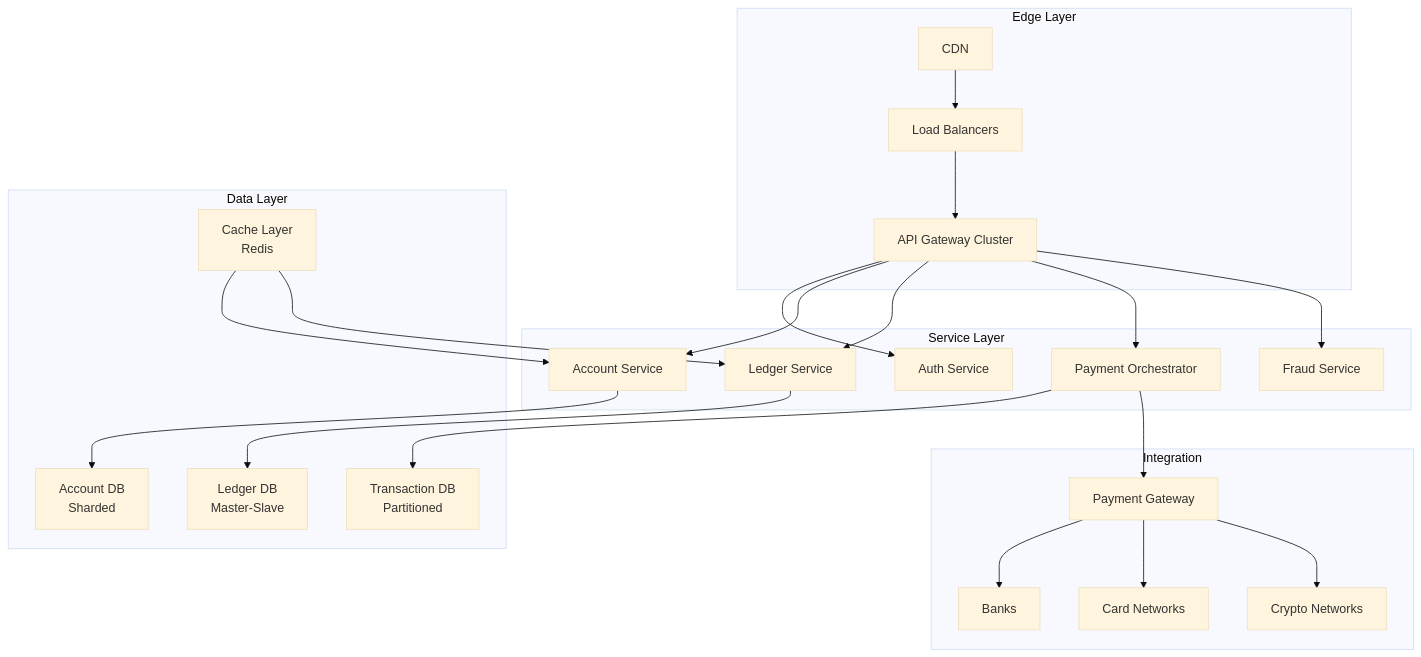
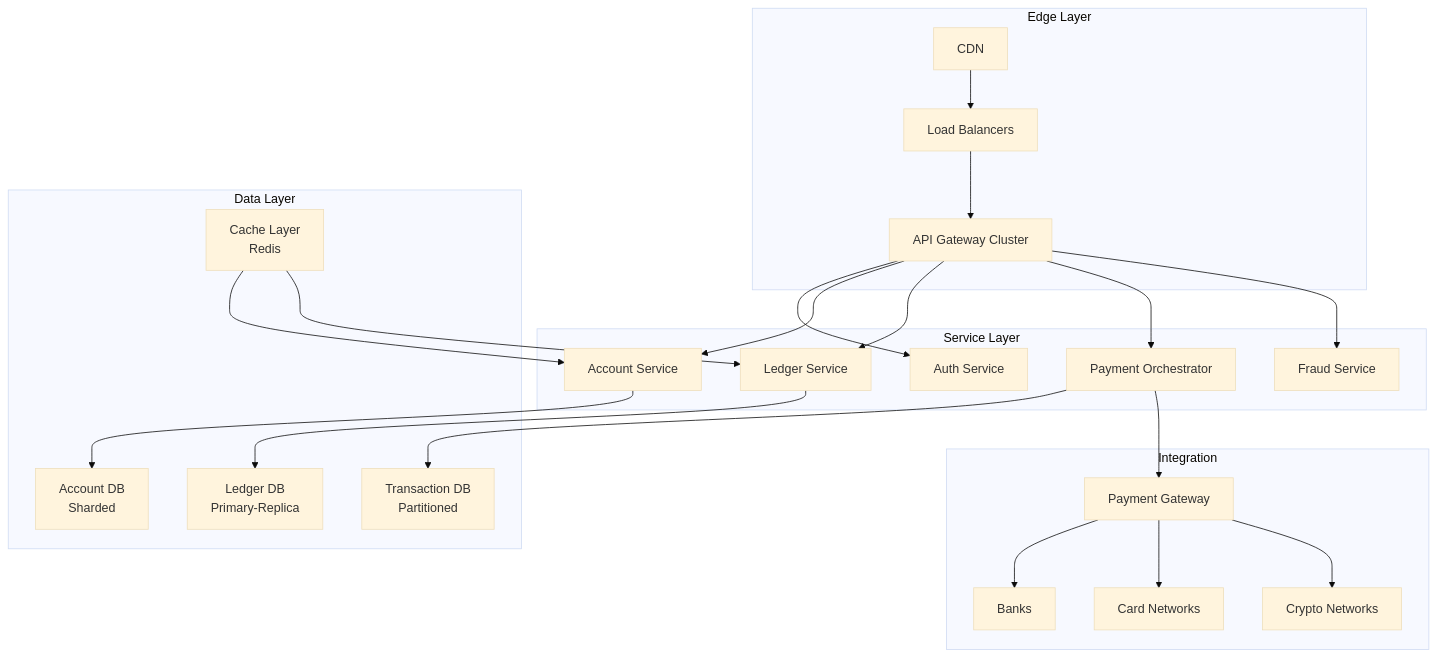
Before and after one commit to deepaucksharma/DStudio: the second of 13 diagrams in docs/architects-handbook/case-studies/financial-commerce/digital-wallet-enhanced.md, drawn with Mermaid (base theme). The commit also changed 186 other files, not shown here.

````diff
--- a/docs/architects-handbook/case-studies/financial-commerce/digital-wallet-enhanced.md
+++ b/docs/architects-handbook/case-studies/financial-commerce/digital-wallet-enhanced.md
@@ -380,30 +380,30 @@
 ```mermaid
 graph TB
     subgraph "Edge Layer"
         A[CDN] --> B[Load Balancers]
         B --> C[API Gateway Cluster]
     end
     
     subgraph "Service Layer"
         C --> D[Auth Service]
         C --> E[Account Service]
         C --> F[Ledger Service]
         C --> G[Payment Orchestrator]
         C --> H[Fraud Service]
     end
     
     subgraph "Data Layer"
         E --> I[Account DB<br/>Sharded]
-        F --> J[Ledger DB<br/>Master-Slave]
+        F --> J[Ledger DB<br/>Primary-Replica]
         G --> K[Transaction DB<br/>Partitioned]
         L[Cache Layer<br/>Redis] --> E
         L --> F
     end
     
     subgraph "Integration"
         G --> M[Payment Gateway]
         M --> N[Banks]
         M --> O[Card Networks]
         M --> P[Crypto Networks]
     end
 ```
````
